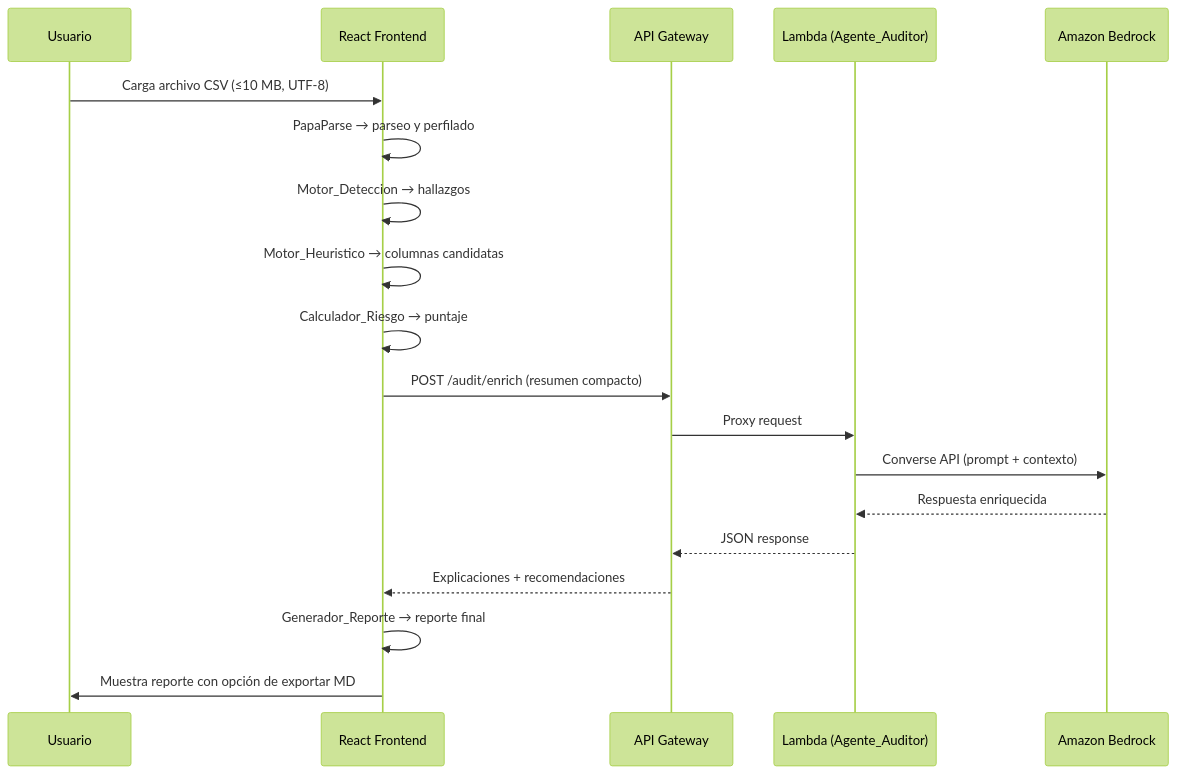
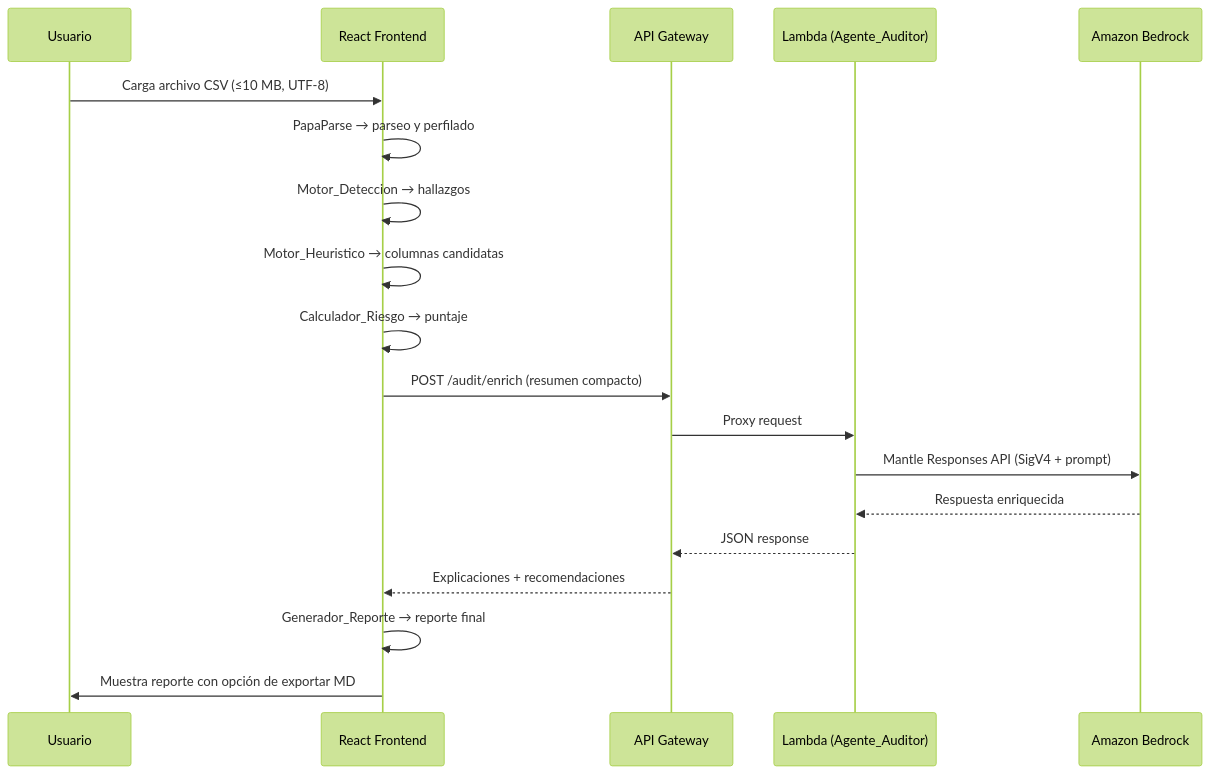
The second of 2 diagrams in .kiro/specs/pipeline-risk-auditor/design.md (JuanPa-Portugal/pipeline-risk-auditor), drawn with Mermaid (forest theme) before and after one commit. The commit also changed other lines of this file, not shown here.

Commit message:
docs: alinear diseño con Bedrock Mantle

````diff
--- a/.kiro/specs/pipeline-risk-auditor/design.md
+++ b/.kiro/specs/pipeline-risk-auditor/design.md
@@ -65,22 +65,22 @@
 ```mermaid
 sequenceDiagram
     participant U as Usuario
     participant FE as React Frontend
     participant AG as API Gateway
     participant LM as Lambda (Agente_Auditor)
     participant BR as Amazon Bedrock
 
     U->>FE: Carga archivo CSV (≤10 MB, UTF-8)
     FE->>FE: PapaParse → parseo y perfilado
     FE->>FE: Motor_Deteccion → hallazgos
     FE->>FE: Motor_Heuristico → columnas candidatas
     FE->>FE: Calculador_Riesgo → puntaje
     FE->>AG: POST /audit/enrich (resumen compacto)
     AG->>LM: Proxy request
-    LM->>BR: Converse API (prompt + contexto)
+    LM->>BR: Mantle Responses API (SigV4 + prompt)
     BR-->>LM: Respuesta enriquecida
     LM-->>AG: JSON response
     AG-->>FE: Explicaciones + recomendaciones
     FE->>FE: Generador_Reporte → reporte final
     FE->>U: Muestra reporte con opción de exportar MD
 ```
````
